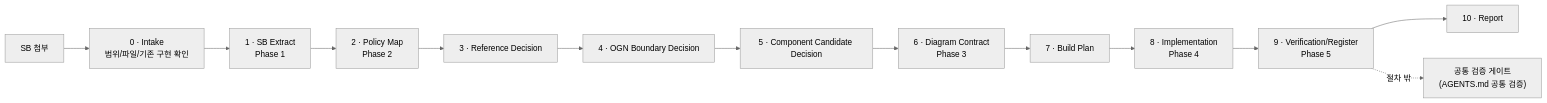
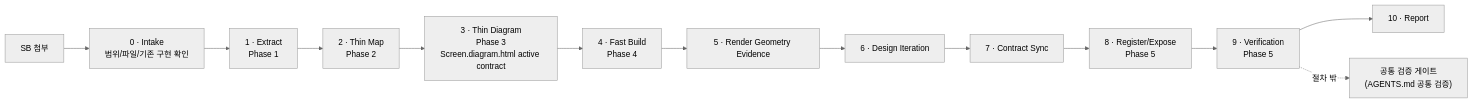
Before and after one commit to ewoooo/rnd-screen-to-screen: the diagram in SCREEN_GENERATION_FLOW.md, drawn with Mermaid (neutral theme). The commit also changed other lines of this file and 142 other files, not shown here.

Commit message:
chore: update screen generation fast iteration workflow

````diff
--- a/SCREEN_GENERATION_FLOW.md
+++ b/SCREEN_GENERATION_FLOW.md
@@ -213,15 +217,15 @@
 ```mermaid
 flowchart LR
     A["SB 첨부"] --> S0["0 · Intake<br/>범위/파일/기존 구현 확인"]
-    S0 --> P1["1 · SB Extract<br/>Phase 1"]
-    P1 --> P2["2 · Policy Map<br/>Phase 2"]
-    P2 --> P3A["3 · Reference Decision"]
-    P3A --> P3B["4 · OGN Boundary Decision"]
-    P3B --> P3C["5 · Component Candidate Decision"]
-    P3C --> P3D["6 · Diagram Contract<br/>Phase 3"]
-    P3D --> P4A["7 · Build Plan"]
-    P4A --> P4B["8 · Implementation<br/>Phase 4"]
-    P4B --> P5["9 · Verification/Register<br/>Phase 5"]
+    S0 --> P1["1 · Extract<br/>Phase 1"]
+    P1 --> P2["2 · Thin Map<br/>Phase 2"]
+    P2 --> P3["3 · Thin Diagram<br/>Phase 3<br/>Screen.diagram.html active contract"]
+    P3 --> P4["4 · Fast Build<br/>Phase 4"]
+    P4 --> G1["5 · Render Geometry Evidence"]
+    G1 --> I1["6 · Design Iteration"]
+    I1 --> C1["7 · Contract Sync"]
+    C1 --> E1["8 · Register/Expose<br/>Phase 5"]
+    E1 --> P5["9 · Verification<br/>Phase 5"]
     P5 --> R["10 · Report"]
     P5 -.->|절차 밖| G["공통 검증 게이트<br/>(AGENTS.md 공통 검증)"]
 ```
````
